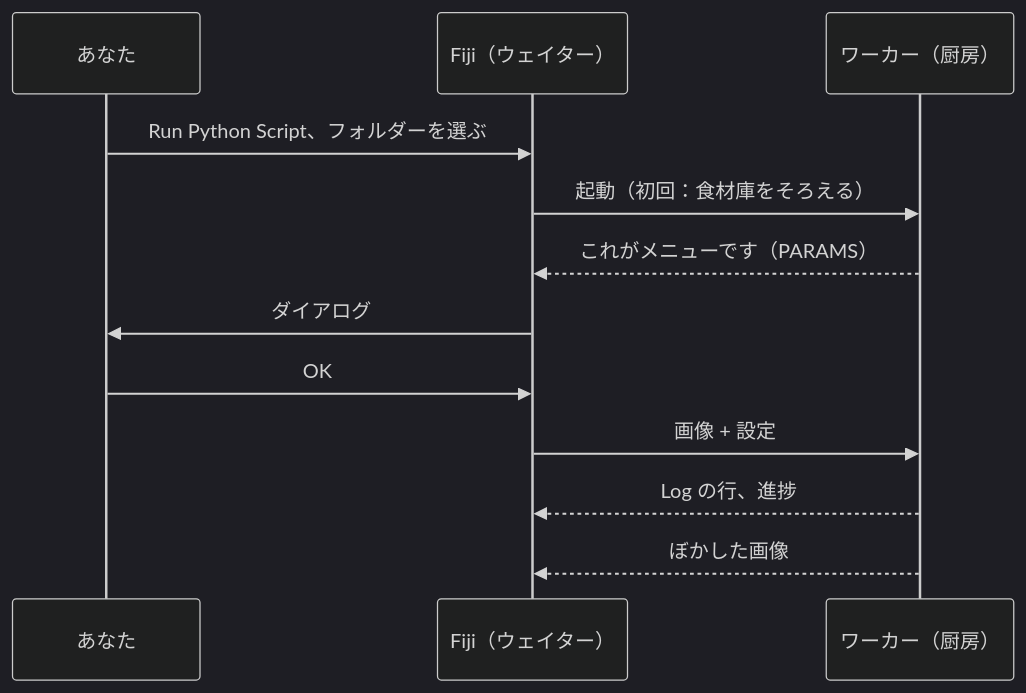
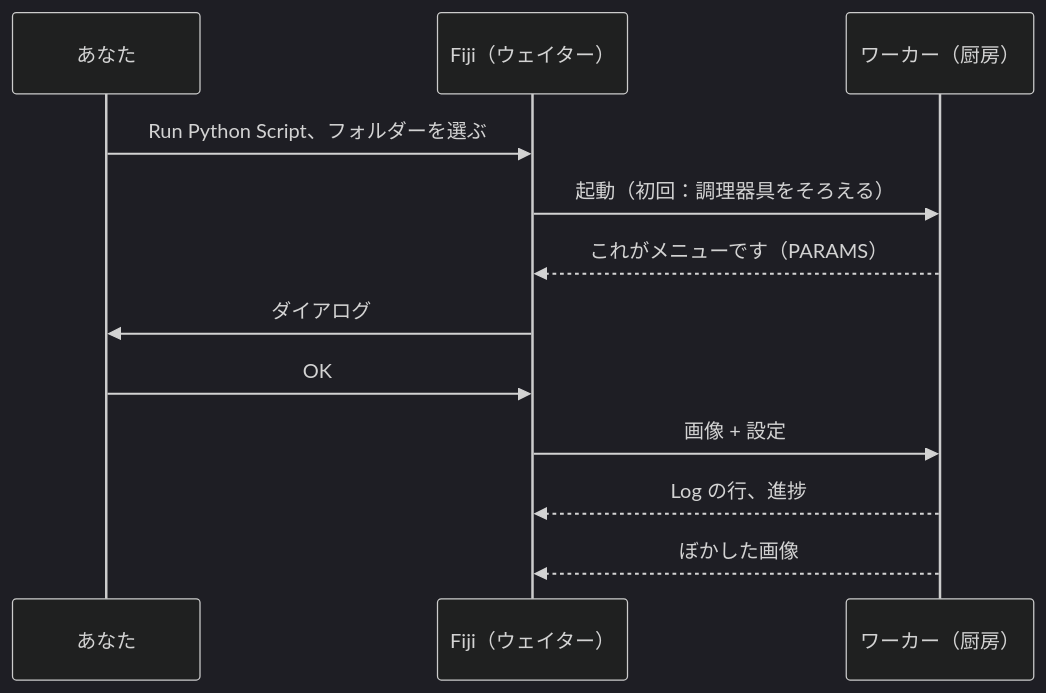
One commit to Oxford-Zeiss-Centre-of-Excellence/Wavu changed the diagram in guide/fiji/first-run.ja.md. Above: the diagram before and after it, drawn with Mermaid (dark theme). The commit also changed other lines of this file and 221 other files, not shown here.

````diff
--- a/guide/fiji/first-run.ja.md
+++ b/guide/fiji/first-run.ja.md
@@ -11,14 +11,14 @@
 ```mermaid
 sequenceDiagram
     participant You as あなた
     participant Fiji as Fiji（ウェイター）
     participant W as ワーカー（厨房）
     You->>Fiji: Run Python Script、フォルダーを選ぶ
-    Fiji->>W: 起動（初回：食材庫をそろえる）
+    Fiji->>W: 起動（初回：調理器具をそろえる）
     W-->>Fiji: これがメニューです（PARAMS）
     Fiji->>You: ダイアログ
     You->>Fiji: OK
     Fiji->>W: 画像 + 設定
     W-->>Fiji: Log の行、進捗
     W-->>Fiji: ぼかした画像
 ```
````
